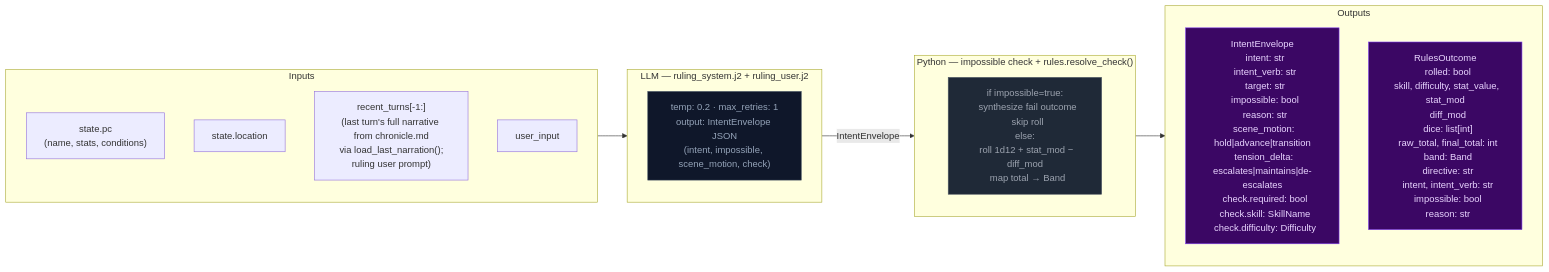
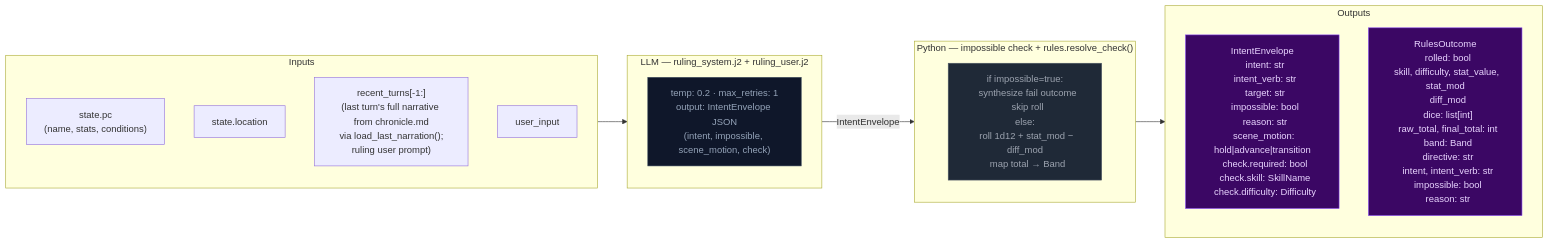
One commit to pww217/fablethread changed the first of 3 diagrams in docs/architecture/step0-ruling.md. Above: the diagram before and after it, drawn with Mermaid. The commit also changed other lines of this file and 18 other files, not shown here.

````diff
--- a/docs/architecture/step0-ruling.md
+++ b/docs/architecture/step0-ruling.md
@@ -8,31 +8,31 @@
 ```mermaid
 flowchart LR
     classDef stageRules fill:#4c1d95,color:#ddd6fe,stroke:#7c3aed
     classDef llmNode    fill:#0f172a,color:#94a3b8,stroke:#334155
     classDef pyNode     fill:#1f2937,color:#9ca3af,stroke:#4b5563
     classDef outNode    fill:#3b0764,color:#e9d5ff,stroke:#7c3aed
 
     subgraph IN["Inputs"]
         I1["state.pc<br>(name, stats, conditions)"]
         I2["state.location"]
         I3["recent_turns[-1:]<br>(last turn's full narrative from chronicle.md<br>via load_last_narration();<br>ruling user prompt)"]
         I4["user_input"]
     end
 
     subgraph LLM0["LLM — ruling_system.j2 + ruling_user.j2"]
         L0["temp: 0.2 · max_retries: 1<br>output: IntentEnvelope JSON<br>(intent, impossible, scene_motion, check)"]:::llmNode
     end
 
     subgraph PYRES["Python — impossible check + rules.resolve_check()"]
         P0["if impossible=true:<br>  synthesize fail outcome<br>  skip roll<br>else:<br>  roll 1d12 + stat_mod − diff_mod<br>  map total → Band"]:::pyNode
     end
 
     subgraph OUT["Outputs"]
-        O1["IntentEnvelope<br>  intent: str<br>  intent_verb: str<br>  target: str<br>  impossible: bool<br>  reason: str<br>  scene_motion: hold|advance|transition<br>  tension_delta: escalates|maintains|de-escalates<br>  check.required: bool<br>  check.skill: SkillName<br>  check.difficulty: Difficulty"]:::outNode
+        O1["IntentEnvelope<br>  intent: str<br>  intent_verb: str<br>  target: str<br>  impossible: bool<br>  reason: str<br>  scene_motion: hold|advance|transition<br>  check.required: bool<br>  check.skill: SkillName<br>  check.difficulty: Difficulty"]:::outNode
         O2["RulesOutcome<br>  rolled: bool<br>  skill, difficulty, stat_value, stat_mod<br>  diff_mod<br>  dice: list[int]<br>  raw_total, final_total: int<br>  band: Band<br>  directive: str<br>  intent, intent_verb: str<br>  impossible: bool<br>  reason: str"]:::outNode
     end
 
     IN --> LLM0
     LLM0 -- "IntentEnvelope" --> PYRES
     PYRES --> OUT
 ```
````
